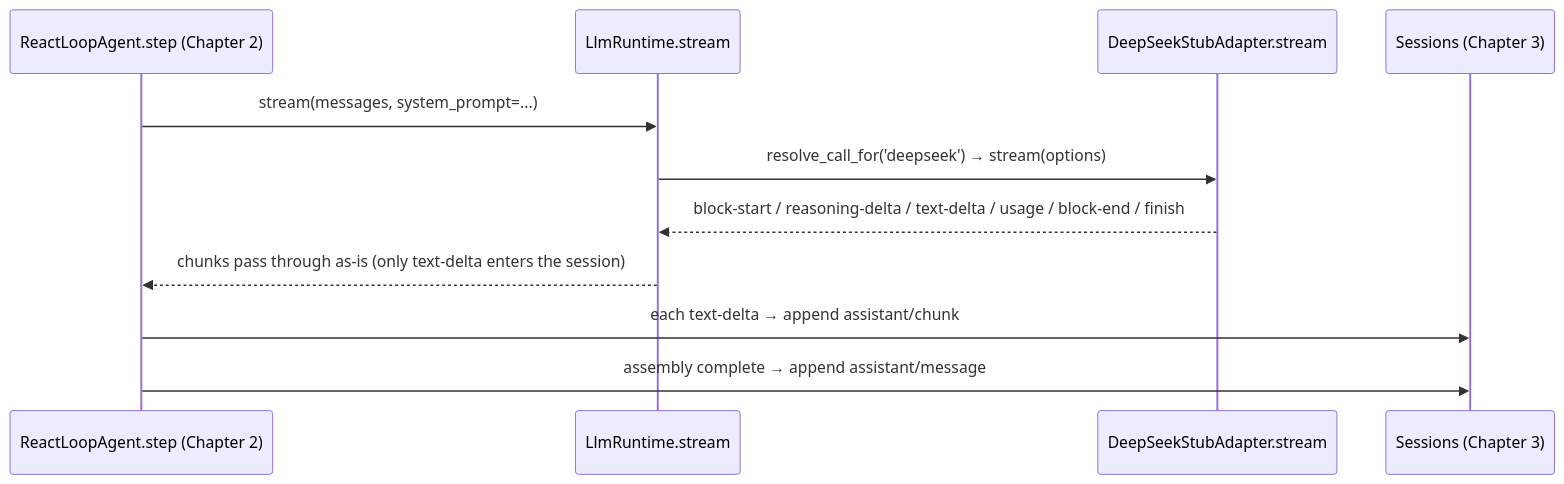
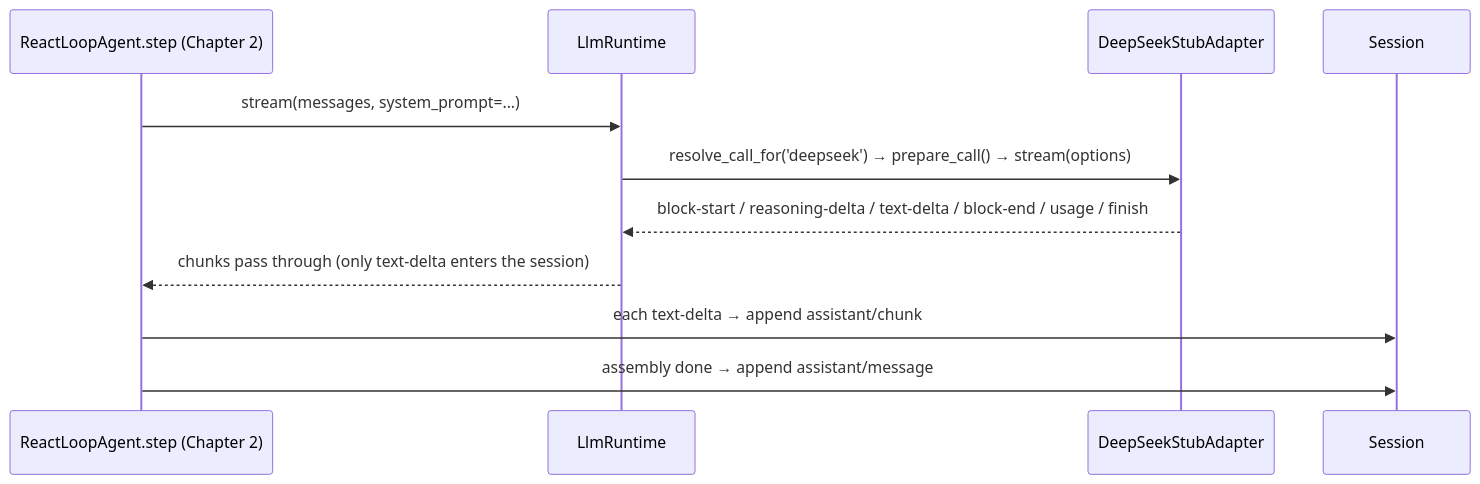
The fifth of 5 diagrams in ch07/ch07-llm-adaptation-streaming_en.md (ChenYu1991ppak/deepseek-harness-anatomy), drawn with Mermaid before and after one commit. The commit also changed other lines of this file and 124 other files, not shown here.

````diff
--- a/ch07/ch07-llm-adaptation-streaming_en.md
+++ b/ch07/ch07-llm-adaptation-streaming_en.md
@@ -414,13 +524,13 @@
 ```mermaid
 sequenceDiagram
     participant Agent as ReactLoopAgent.step (Chapter 2)
-    participant RT as LlmRuntime.stream
-    participant DS as DeepSeekStubAdapter.stream
-    participant Ses as Sessions (Chapter 3)
+    participant RT as LlmRuntime
+    participant DS as DeepSeekStubAdapter
+    participant Ses as Session
     Agent->>RT: stream(messages, system_prompt=...)
-    RT->>DS: resolve_call_for('deepseek') → stream(options)
-    DS-->>RT: block-start / reasoning-delta / text-delta / usage / block-end / finish
-    RT-->>Agent: chunks pass through as-is (only text-delta enters the session)
+    RT->>DS: resolve_call_for('deepseek') → prepare_call() → stream(options)
+    DS-->>RT: block-start / reasoning-delta / text-delta / block-end / usage / finish
+    RT-->>Agent: chunks pass through (only text-delta enters the session)
     Agent->>Ses: each text-delta → append assistant/chunk
-    Agent->>Ses: assembly complete → append assistant/message
+    Agent->>Ses: assembly done → append assistant/message
 ```
````
